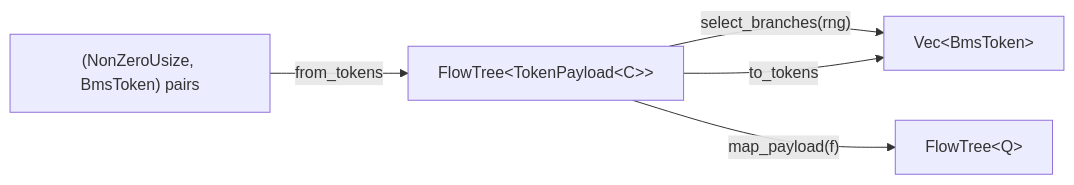
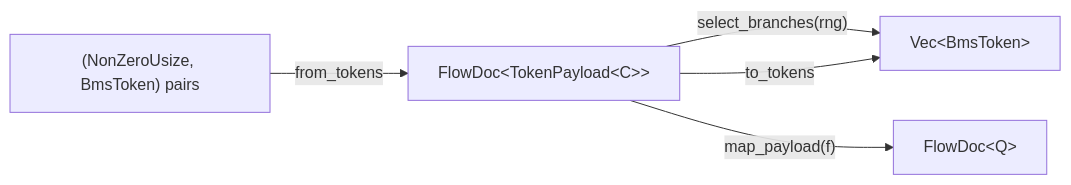
One commit to brightmeows/bmsrs changed the diagram in bms/control-flow/AGENTS.md. Above: the diagram before and after it, drawn with Mermaid. The commit also changed other lines of this file and 13 other files, not shown here.

First line of the commit message:
refactor(bms-control-flow): rename FlowTree -> FlowDoc

````diff
--- a/bms/control-flow/AGENTS.md
+++ b/bms/control-flow/AGENTS.md
@@ -13,12 +13,12 @@
 ```mermaid
 flowchart LR
     Tokens["(NonZeroUsize, BmsToken) pairs"]
-    Tree["FlowTree&lt;TokenPayload&lt;C&gt;&gt;"]
+    Tree["FlowDoc&lt;TokenPayload&lt;C&gt;&gt;"]
     Flat["Vec&lt;BmsToken&gt;"]
-    Other["FlowTree&lt;Q&gt;"]
+    Other["FlowDoc&lt;Q&gt;"]
 
     Tokens -- from_tokens --> Tree
     Tree -- select_branches(rng) --> Flat
     Tree -- to_tokens --> Flat
     Tree -- map_payload(f) --> Other
 ```
````
